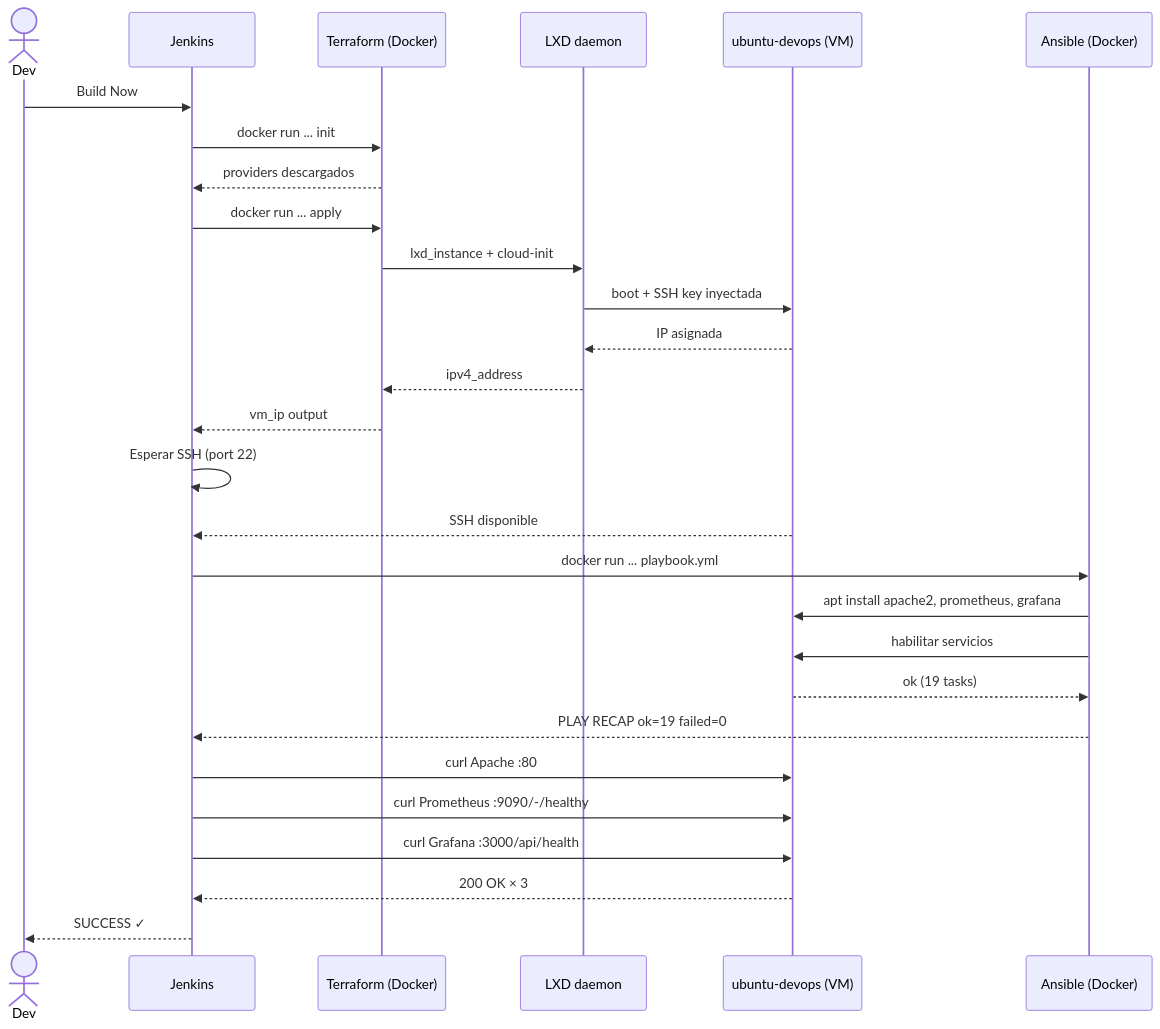
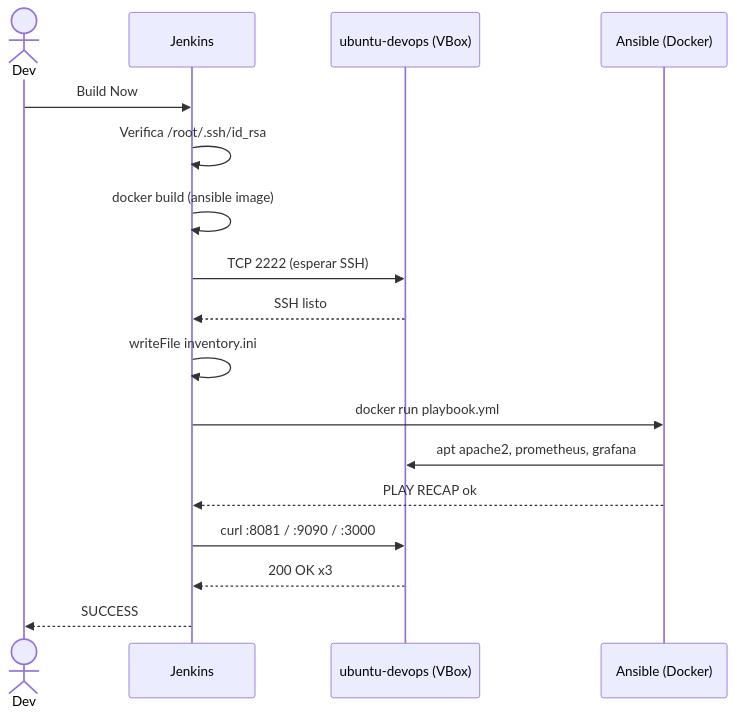
Before and after one commit to pixelotes/lab-jenkins-lxd: the second of 2 diagrams in README.md, drawn with Mermaid. The commit also changed other lines of this file and 13 other files, not shown here.

````diff
--- a/README.md
+++ b/README.md
@@ -53,35 +80,20 @@
 ```mermaid
 sequenceDiagram
     actor Dev
     participant Jenkins
-    participant Terraform as Terraform (Docker)
-    participant LXD as LXD daemon
-    participant VM as ubuntu-devops (VM)
+    participant VM as ubuntu-devops (VBox)
     participant Ansible as Ansible (Docker)
 
     Dev->>Jenkins: Build Now
-    Jenkins->>Terraform: docker run ... init
-    Terraform-->>Jenkins: providers descargados
-
-    Jenkins->>Terraform: docker run ... apply
-    Terraform->>LXD: lxd_instance + cloud-init
-    LXD->>VM: boot + SSH key inyectada
-    VM-->>LXD: IP asignada
-    LXD-->>Terraform: ipv4_address
-    Terraform-->>Jenkins: vm_ip output
-
-    Jenkins->>Jenkins: Esperar SSH (port 22)
-    VM-->>Jenkins: SSH disponible
-
-    Jenkins->>Ansible: docker run ... playbook.yml
-    Ansible->>VM: apt install apache2, prometheus, grafana
-    Ansible->>VM: habilitar servicios
-    VM-->>Ansible: ok (19 tasks)
-    Ansible-->>Jenkins: PLAY RECAP ok=19 failed=0
-
-    Jenkins->>VM: curl Apache :80
-    Jenkins->>VM: curl Prometheus :9090/-/healthy
-    Jenkins->>VM: curl Grafana :3000/api/health
-    VM-->>Jenkins: 200 OK × 3
-    Jenkins-->>Dev: SUCCESS ✓
+    Jenkins->>Jenkins: Verifica /root/.ssh/id_rsa
+    Jenkins->>Jenkins: docker build (ansible image)
+    Jenkins->>VM: TCP 2222 (esperar SSH)
+    VM-->>Jenkins: SSH listo
+    Jenkins->>Jenkins: writeFile inventory.ini
+    Jenkins->>Ansible: docker run playbook.yml
+    Ansible->>VM: apt apache2, prometheus, grafana
+    Ansible-->>Jenkins: PLAY RECAP ok
+    Jenkins->>VM: curl :8081 / :9090 / :3000
+    VM-->>Jenkins: 200 OK x3
+    Jenkins-->>Dev: SUCCESS
 ```
````
